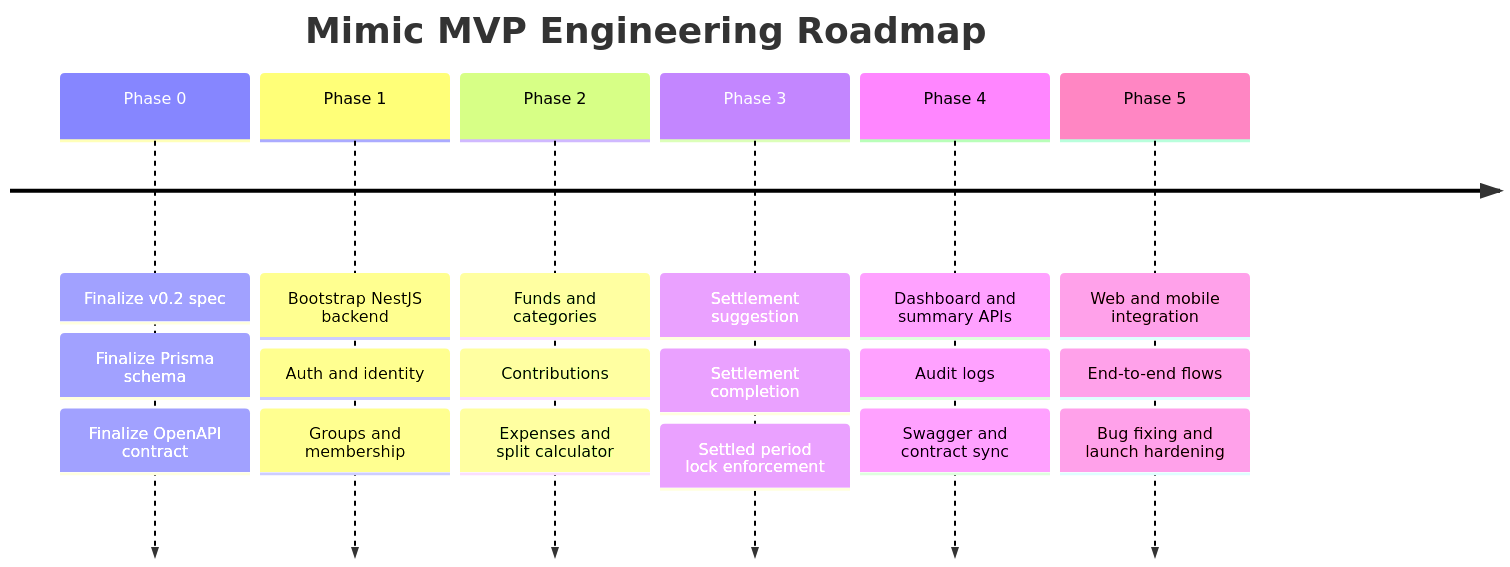
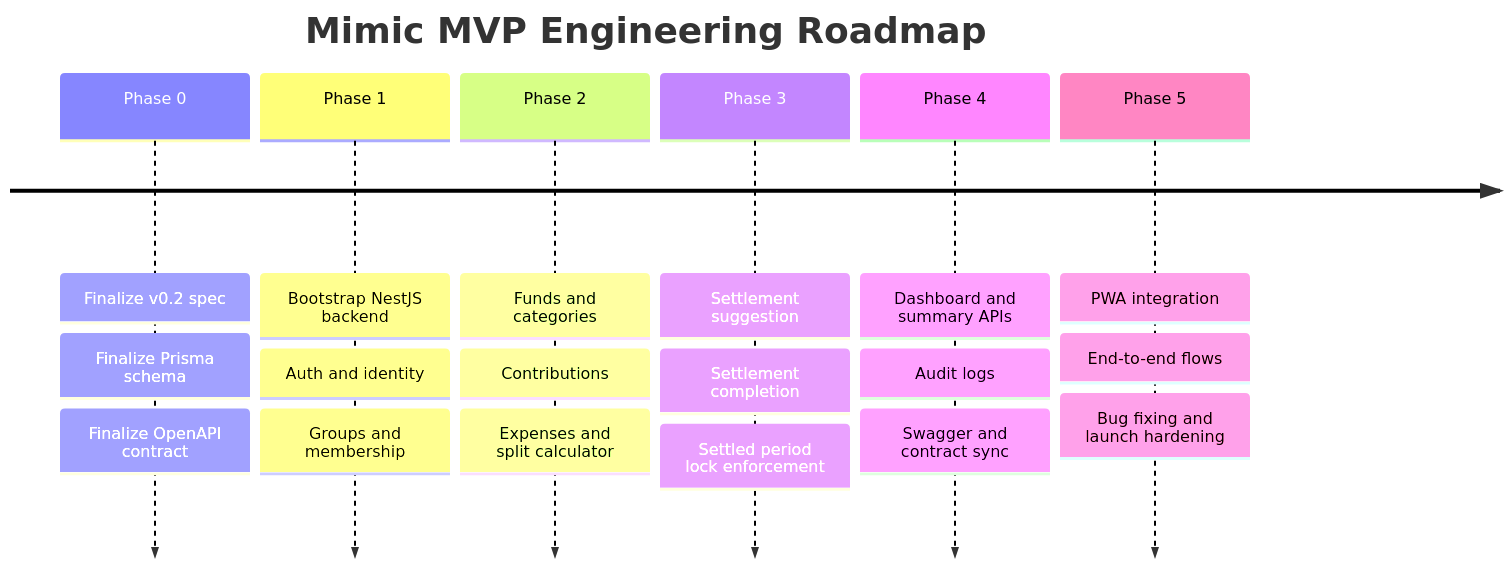
One commit to summer51202/mimic changed the seventh of 7 diagrams in docs/design/mimic-prd-v0.2-final.md. Above: the diagram before and after it, drawn with Mermaid. The commit also changed other lines of this file and 4 other files, not shown here.

````diff
--- a/docs/design/mimic-prd-v0.2-final.md
+++ b/docs/design/mimic-prd-v0.2-final.md
@@ -769,22 +769,22 @@
 ```mermaid
 timeline
   title Mimic MVP Engineering Roadmap
   Phase 0 : Finalize v0.2 spec
           : Finalize Prisma schema
           : Finalize OpenAPI contract
   Phase 1 : Bootstrap NestJS backend
           : Auth and identity
           : Groups and membership
   Phase 2 : Funds and categories
           : Contributions
           : Expenses and split calculator
   Phase 3 : Settlement suggestion
           : Settlement completion
           : Settled period lock enforcement
   Phase 4 : Dashboard and summary APIs
           : Audit logs
           : Swagger and contract sync
-  Phase 5 : Web and mobile integration
+  Phase 5 : PWA integration
           : End-to-end flows
           : Bug fixing and launch hardening
 ```
````
